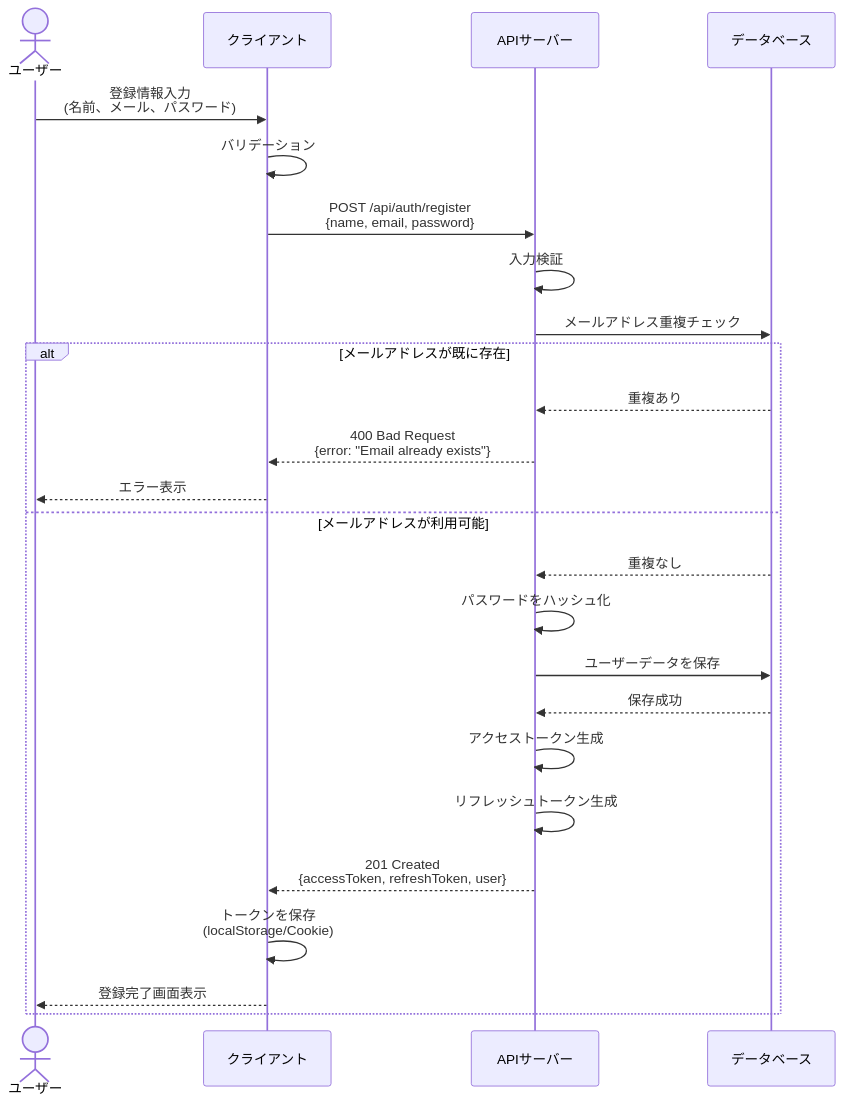
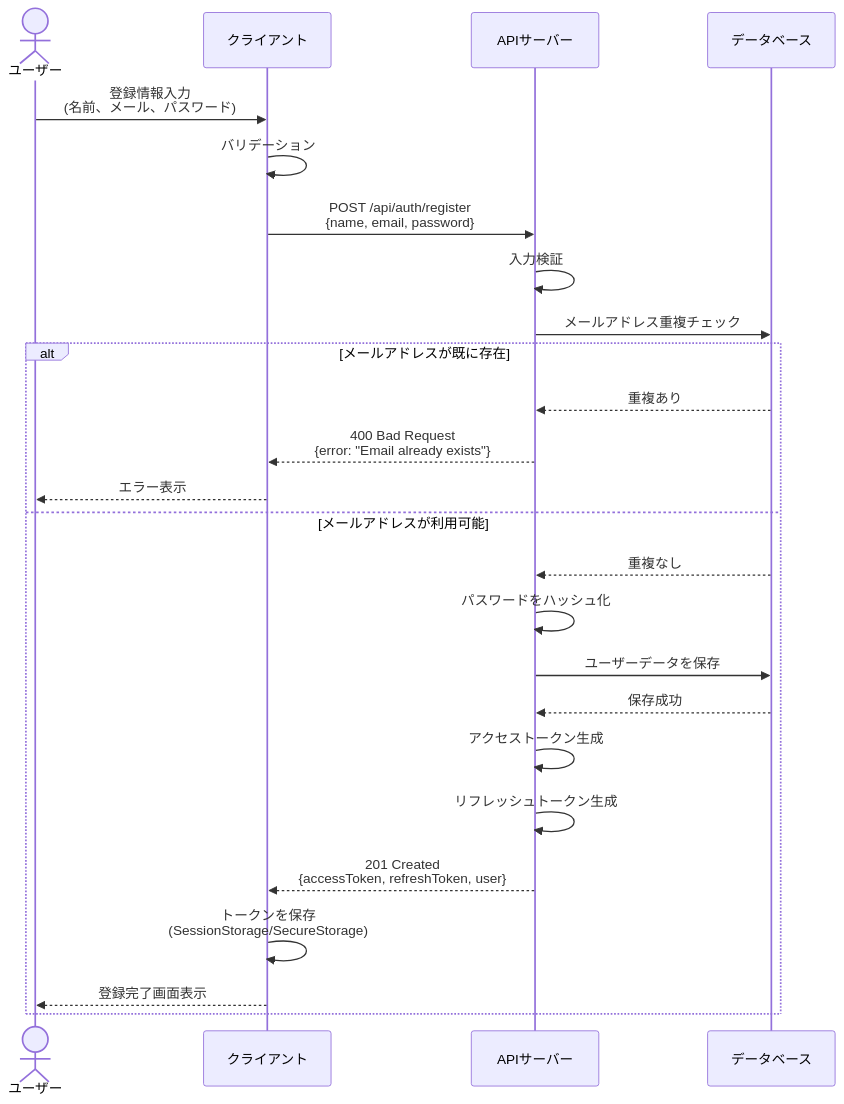
One commit to dskhys0222/dskhys changed the first of 4 diagrams in docs/認証フロー.md. Above: the diagram before and after it, drawn with Mermaid. The commit also changed other lines of this file, not shown here.

Commit message:
Update auth flows: use token rotation and SessionStorage

````diff
--- a/docs/認証フロー.md
+++ b/docs/認証フロー.md
@@ -16,30 +16,30 @@
 ```mermaid
 sequenceDiagram
     actor User as ユーザー
     participant Client as クライアント
     participant API as APIサーバー
     participant DB as データベース
 
     User->>Client: 登録情報入力<br/>(名前、メール、パスワード)
     Client->>Client: バリデーション
     Client->>API: POST /api/auth/register<br/>{name, email, password}
     
     API->>API: 入力検証
     API->>DB: メールアドレス重複チェック
     
     alt メールアドレスが既に存在
         DB-->>API: 重複あり
         API-->>Client: 400 Bad Request<br/>{error: "Email already exists"}
         Client-->>User: エラー表示
     else メールアドレスが利用可能
         DB-->>API: 重複なし
         API->>API: パスワードをハッシュ化
         API->>DB: ユーザーデータを保存
         DB-->>API: 保存成功
         API->>API: アクセストークン生成
         API->>API: リフレッシュトークン生成
         API-->>Client: 201 Created<br/>{accessToken, refreshToken, user}
-        Client->>Client: トークンを保存<br/>(localStorage/Cookie)
+        Client->>Client: トークンを保存<br/>(SessionStorage/SecureStorage)
         Client-->>User: 登録完了画面表示
     end
 ```
````
